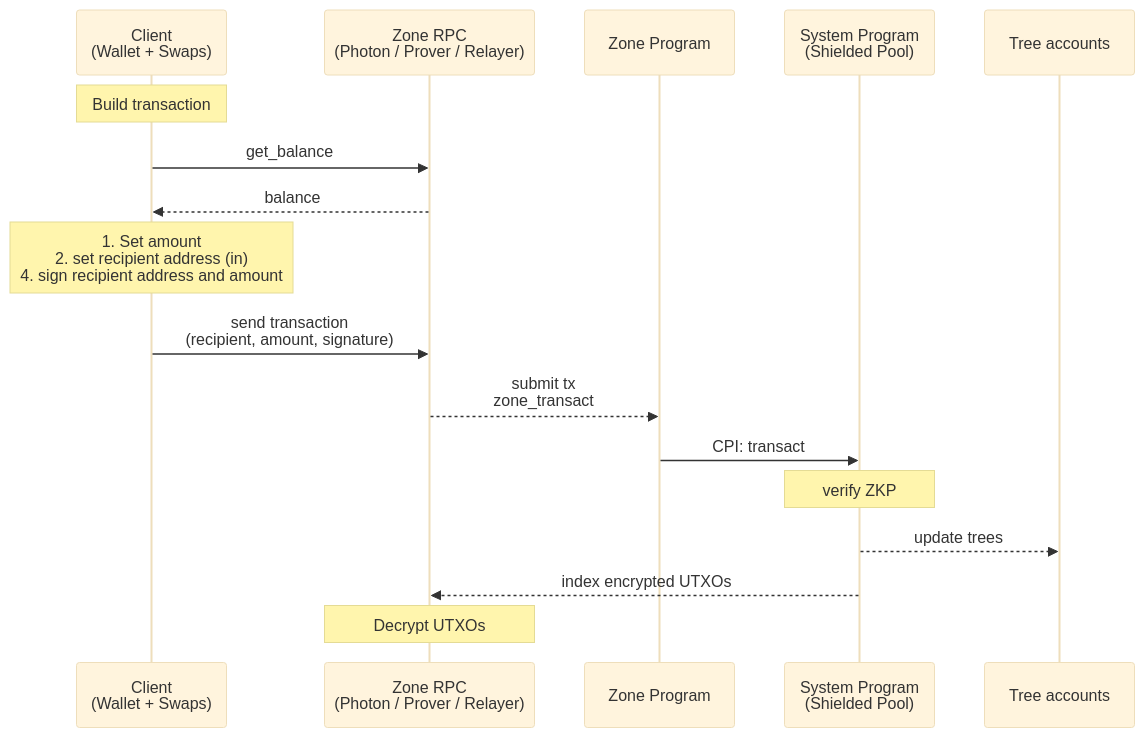
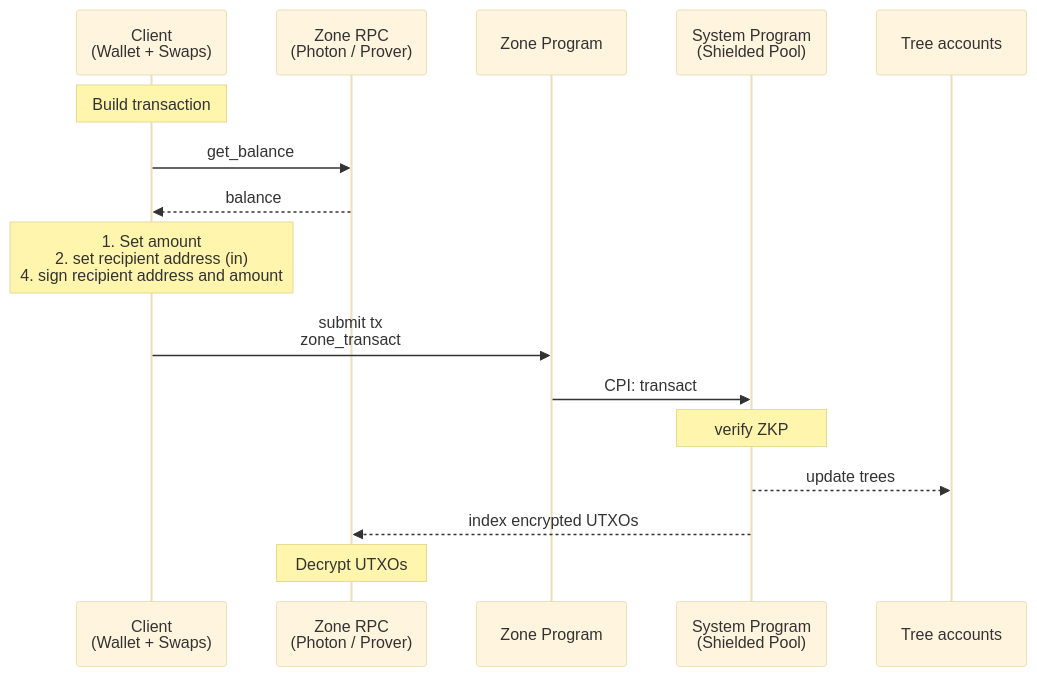
The second of 5 diagrams in docs/spec.md (helius-labs/zolana), drawn with Mermaid (base theme) before and after one commit. The commit also changed other lines of this file, not shown here.

````diff
--- a/docs/spec.md
+++ b/docs/spec.md
@@ -211,21 +210,20 @@
 ```mermaid
 sequenceDiagram
     participant Client as Client<br>(Wallet + Swaps)
-    participant ZoneRPC as Zone RPC<br>(Photon / Prover / Relayer)
+    participant ZoneRPC as Zone RPC<br>(Photon / Prover)
     participant Zone as Zone Program
     participant System as System Program<br>(Shielded Pool)
     participant Trees as Tree accounts
 
     Note over Client: Build transaction
     Client->>ZoneRPC: get_balance
     ZoneRPC-->>Client: balance
     Note over Client: 1. Set amount <br> 2. set recipient address (in) <br> 4. sign recipient address and amount
-	  Client->>ZoneRPC: send transaction <br>(recipient, amount, signature)
-    ZoneRPC-->>Zone: submit tx<br>zone_transact
+	  Client->>Zone: submit tx<br>zone_transact
     Zone->>System: CPI: transact
 
     Note over System: verify ZKP
     System-->>Trees: update trees
     System-->>ZoneRPC: index encrypted UTXOs
     Note over ZoneRPC: Decrypt UTXOs
 ```
````
